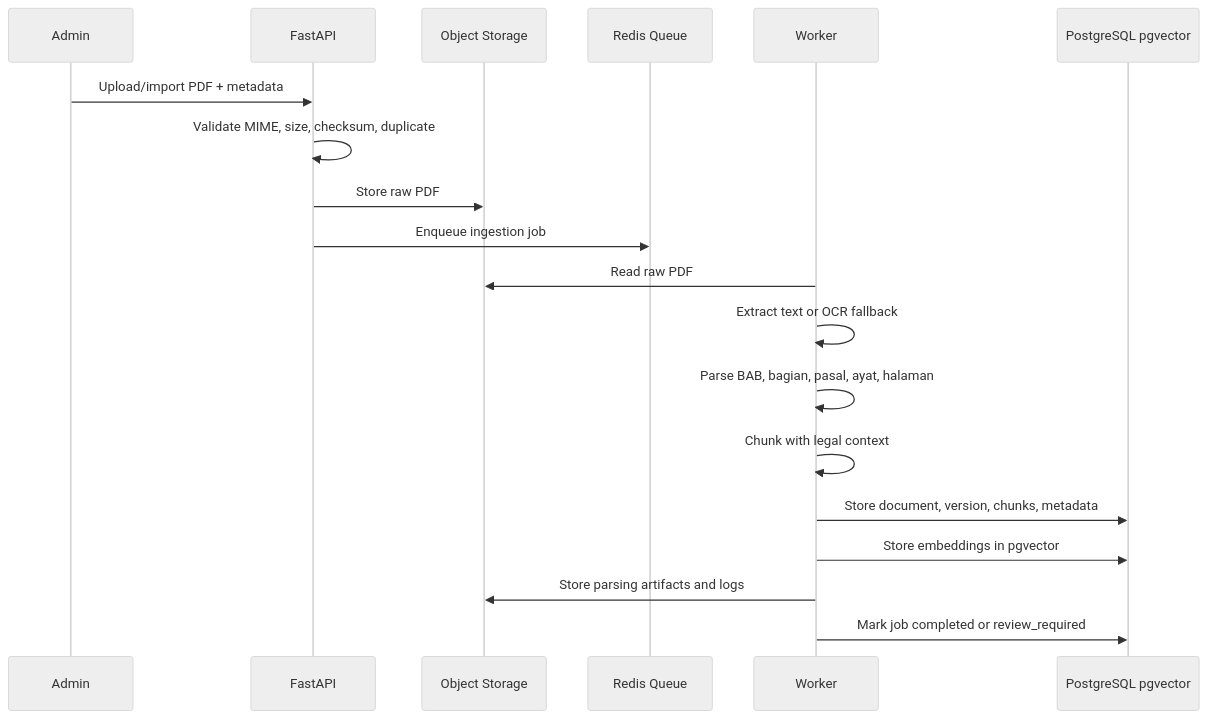
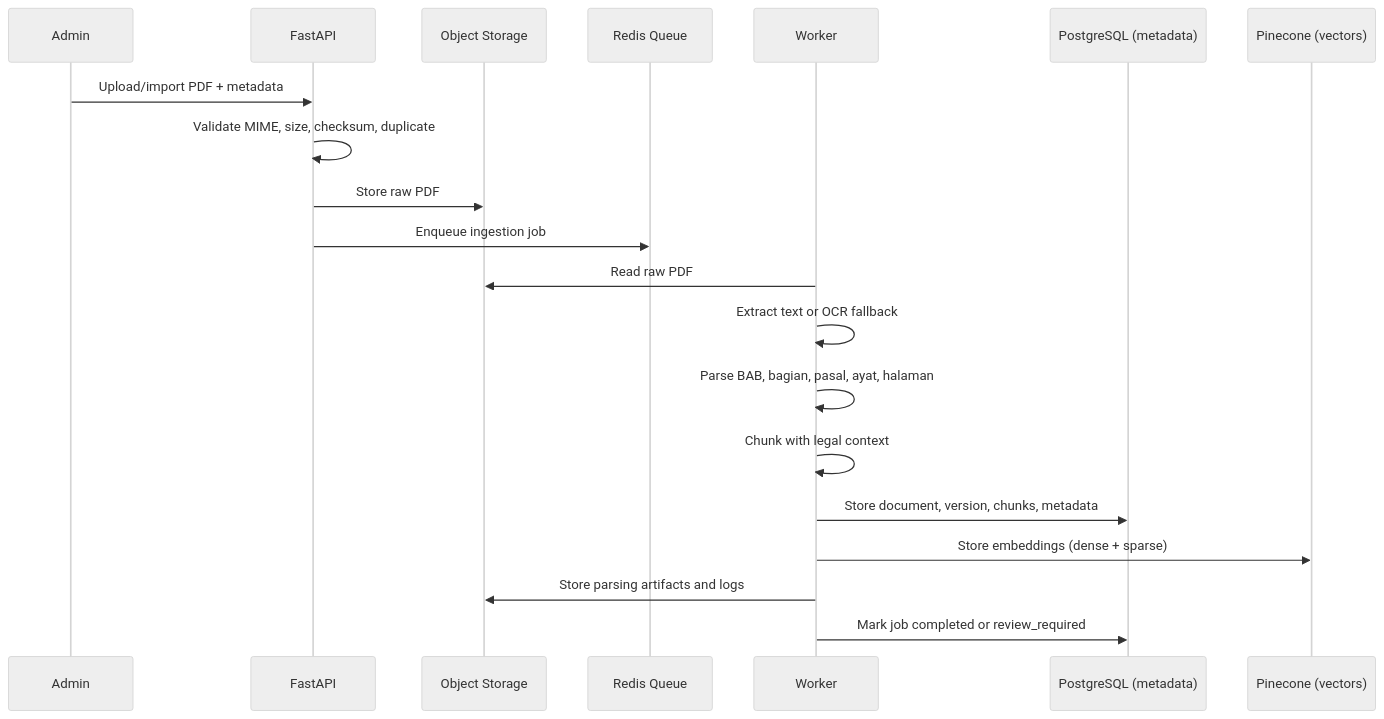
The second of 3 diagrams in docs/ARCHITECTURE.md (alfandoo/kerjapedia-ai), drawn with Mermaid (neutral theme) before and after one commit. The commit also changed other lines of this file and 167 other files, not shown here.

````diff
--- a/docs/ARCHITECTURE.md
+++ b/docs/ARCHITECTURE.md
@@ -37,22 +52,23 @@
 ```mermaid
 sequenceDiagram
     participant A as Admin
     participant API as FastAPI
     participant S as Object Storage
     participant Q as Redis Queue
     participant W as Worker
-    participant DB as PostgreSQL pgvector
+    participant DB as PostgreSQL (metadata)
+    participant PC as Pinecone (vectors)
 
     A->>API: Upload/import PDF + metadata
     API->>API: Validate MIME, size, checksum, duplicate
     API->>S: Store raw PDF
     API->>Q: Enqueue ingestion job
     W->>S: Read raw PDF
     W->>W: Extract text or OCR fallback
     W->>W: Parse BAB, bagian, pasal, ayat, halaman
     W->>W: Chunk with legal context
     W->>DB: Store document, version, chunks, metadata
-    W->>DB: Store embeddings in pgvector
+    W->>PC: Store embeddings (dense + sparse)
     W->>S: Store parsing artifacts and logs
     W->>DB: Mark job completed or review_required
 ```
````
